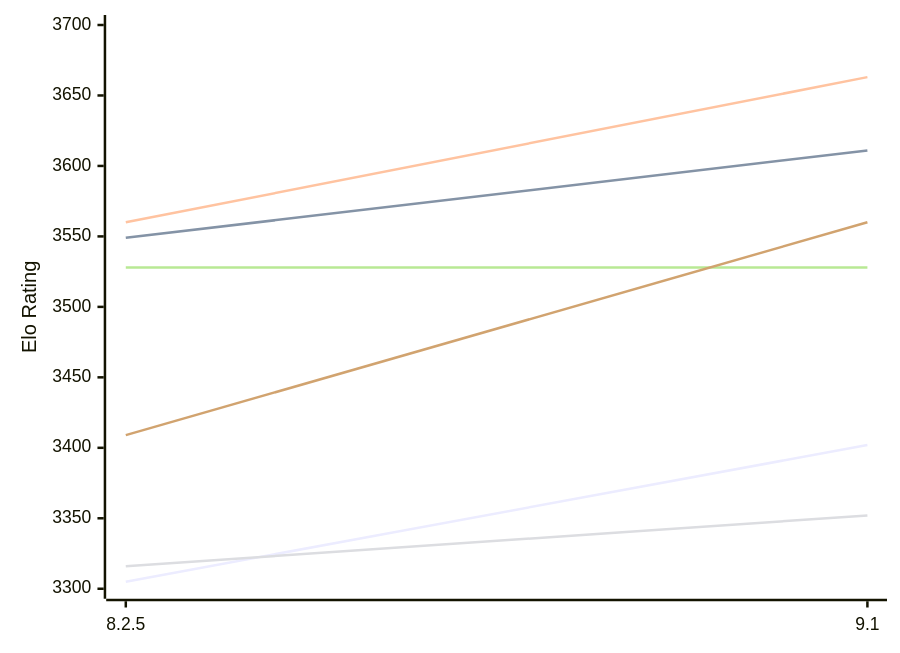
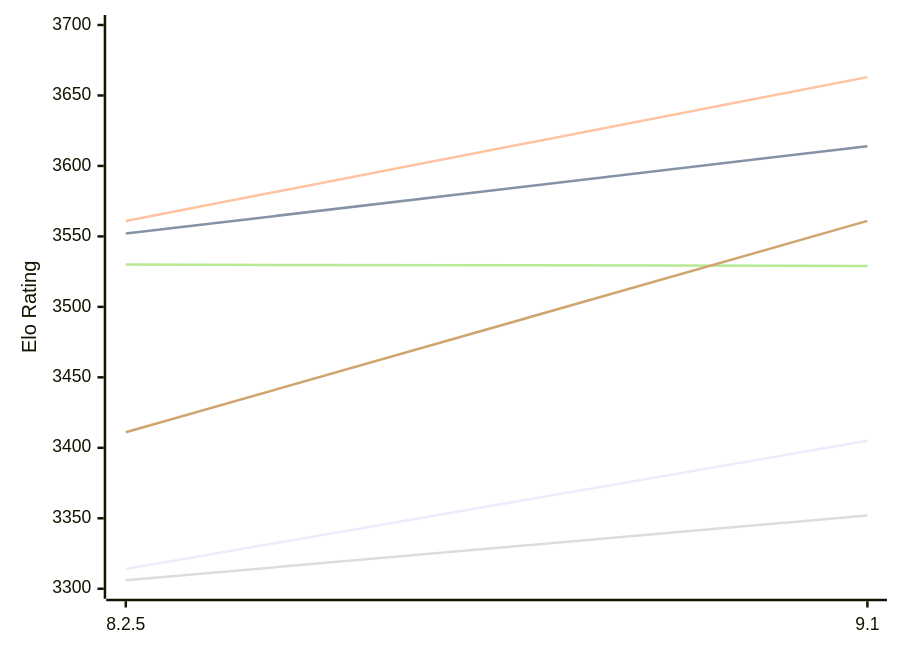
The first of 2 diagrams in engines/Clover.md (computer-chess-index/cci), drawn with Mermaid before and after one commit. The commit also changed other lines of this file, not shown here.

Commit message:
Update CCI Ratings (ELO VLTC) - 2026-11-17

````diff
--- a/engines/Clover.md
+++ b/engines/Clover.md
@@ -52,12 +52,12 @@
 ```mermaid
 %%{init: {"theme":"base","themeVariables":{"seriesColors:['#a3a3a3','#222221','#faa371']}}}%%
 xychart-beta
   x-axis ["8.2.5", "9.1"]
   y-axis "Elo Rating" 3300 --> 3700
-  line "E1: STC (8.0+0.08s)" [3305, 3402]
-  line "E1: LTC (60.0+0.60s)" [3549, 3611]
-  line "E1: VLTC (2m24s+1.12s)" [3560, 3663]
-  line "P1: STC (8.0+0.08s)" [3316, 3352]
-  line "P1: LTC (60.0+0.60s)" [3528, 3528]
-  line "P1: VLTC (2m24s+1.12s)" [3409, 3560]
+  line "E1: STC (8.0+0.08s)" [3314, 3405]
+  line "E1: LTC (60.0+0.60s)" [3552, 3614]
+  line "E1: VLTC (2m24s+1.12s)" [3561, 3663]
+  line "P1: STC (8.0+0.08s)" [3306, 3352]
+  line "P1: LTC (60.0+0.60s)" [3530, 3529]
+  line "P1: VLTC (2m24s+1.12s)" [3411, 3561]
 ```
````
